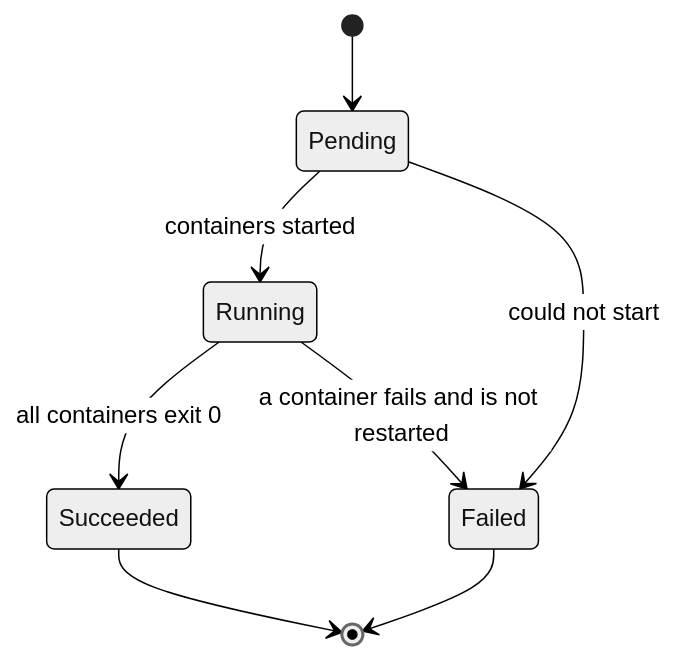
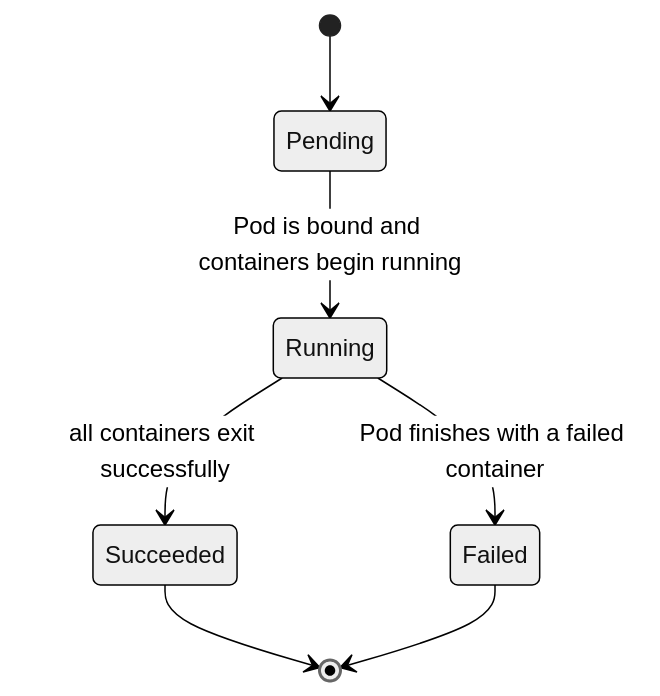
Before and after one commit to karthikreddy432/CKAD: diagram 13 of 53 in CKAD_notes.md, drawn with Mermaid (neutral theme). The commit also changed other lines of this file, not shown here.

````diff
--- a/CKAD_notes.md
+++ b/CKAD_notes.md
@@ -2325,10 +2325,9 @@
 ```mermaid
 stateDiagram-v2
     [*] --> Pending
-    Pending --> Running: containers started
-    Pending --> Failed: could not start
-    Running --> Succeeded: all containers exit 0
-    Running --> Failed: a container fails and is not restarted
+    Pending --> Running: Pod is bound and containers begin running
+    Running --> Succeeded: all containers exit successfully
+    Running --> Failed: Pod finishes with a failed container
     Succeeded --> [*]
     Failed --> [*]
 ```
````
